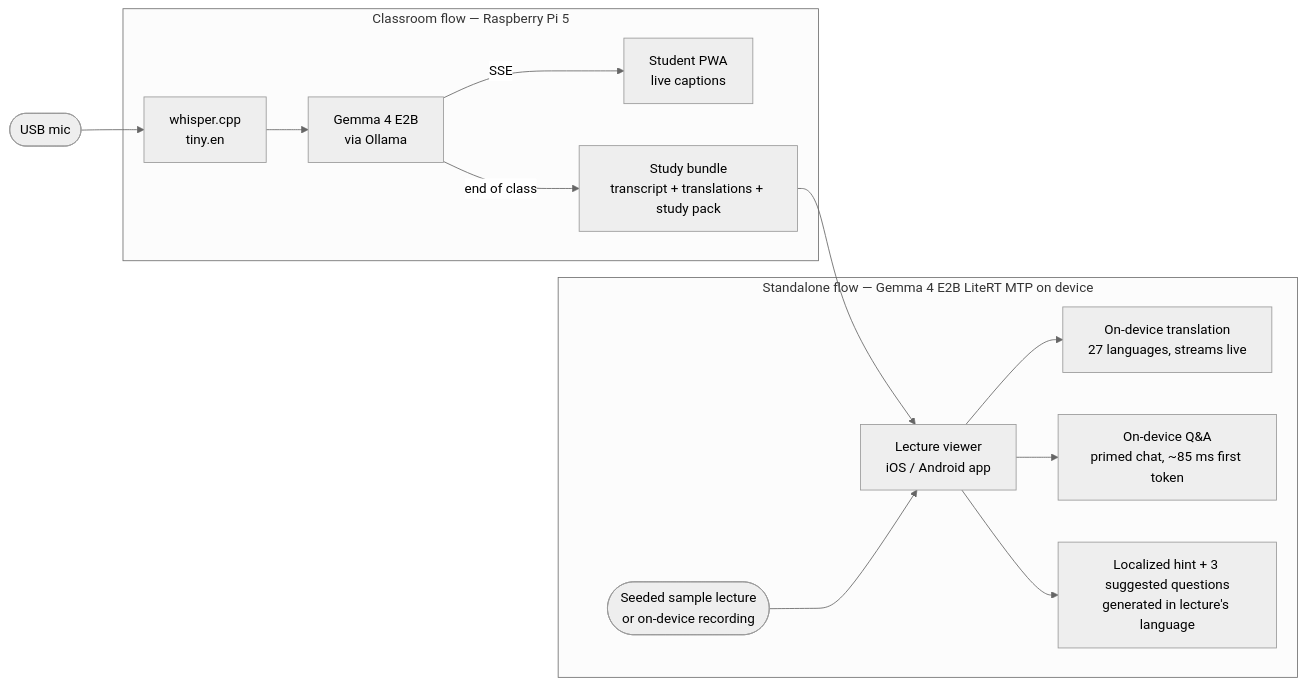
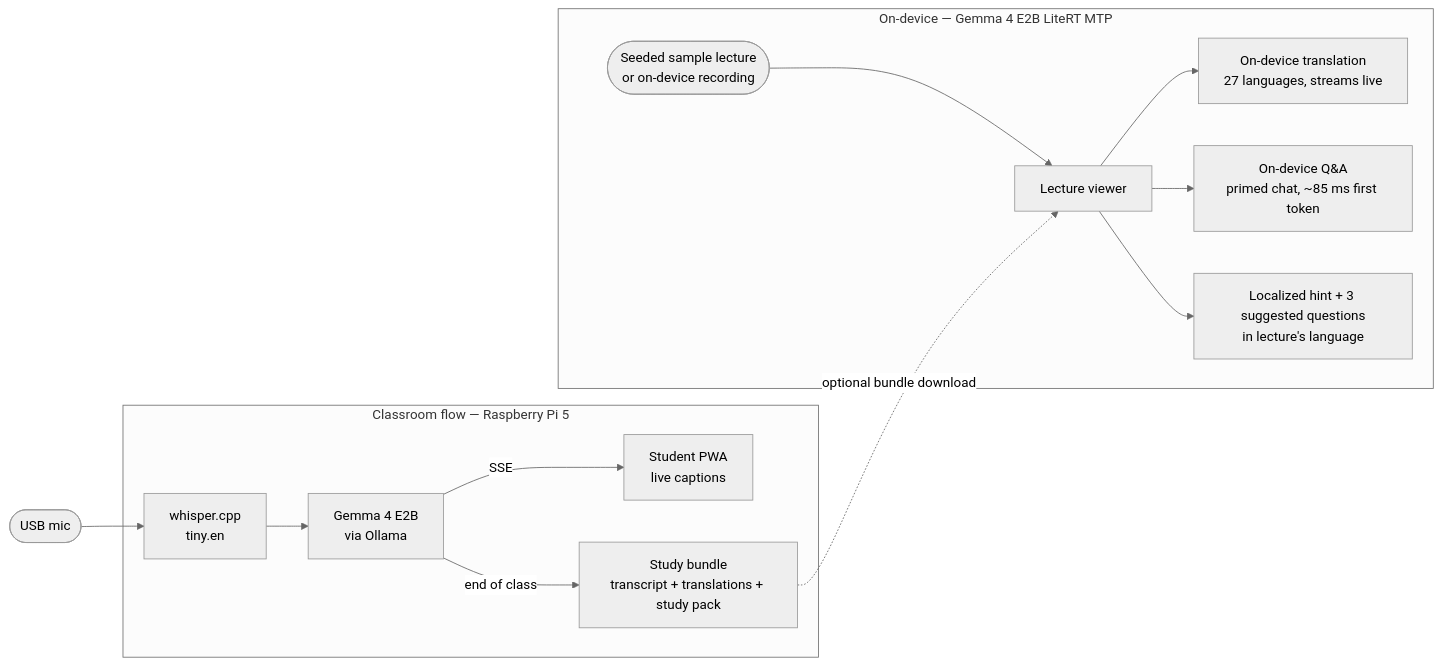
One commit to KookiesNKareem/EchoLang changed the diagram in README.md. Above: the diagram before and after it, drawn with Mermaid (neutral theme). The commit also changed other lines of this file, not shown here.

Commit message:
README: clarify standalone path doesn't depend on Pi bundle

````diff
--- a/README.md
+++ b/README.md
@@ -25,29 +31,29 @@
 ```mermaid
 flowchart LR
     mic([USB mic]) --> whisper[whisper.cpp<br/>tiny.en]
     whisper --> gemma_pi[Gemma 4 E2B<br/>via Ollama]
     gemma_pi -->|SSE| pwa[Student PWA<br/>live captions]
     gemma_pi -->|end of class| bundle[Study bundle<br/>transcript + translations + study pack]
-    bundle --> lecture
 
     builtin([Seeded sample lecture<br/>or on-device recording]) --> lecture
-    lecture[Lecture viewer<br/>iOS / Android app]
+    bundle -.->|optional bundle download| lecture
+    lecture[Lecture viewer]
     lecture --> translate[On-device translation<br/>27 languages, streams live]
     lecture --> qa[On-device Q&A<br/>primed chat, ~85 ms first token]
-    lecture --> starters[Localized hint + 3 suggested questions<br/>generated in lecture's language]
+    lecture --> starters[Localized hint + 3 suggested questions<br/>in lecture's language]
 
     subgraph classroom [Classroom flow — Raspberry Pi 5]
         whisper
         gemma_pi
         pwa
         bundle
     end
 
-    subgraph phone [Standalone flow — Gemma 4 E2B LiteRT MTP on device]
+    subgraph phone [On-device — Gemma 4 E2B LiteRT MTP]
         builtin
         lecture
         translate
         qa
         starters
     end
 ```
````
